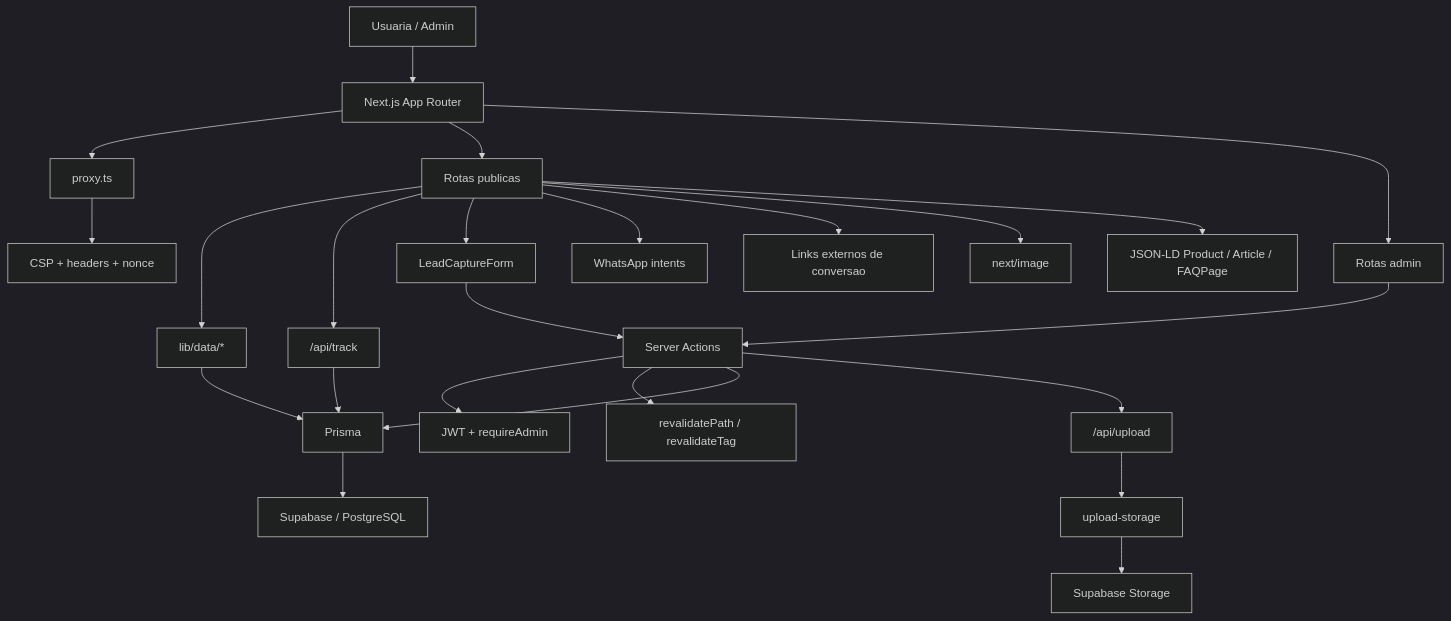
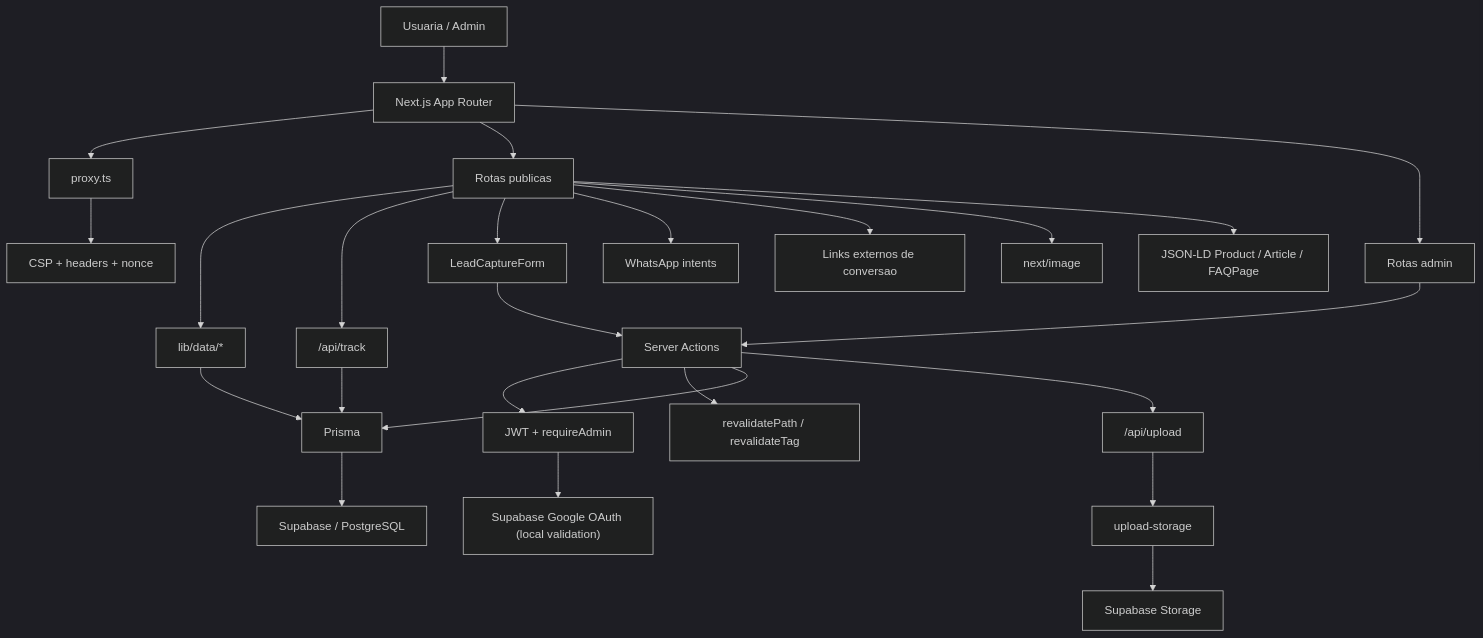
The diagram in docs/DOCUMENTACAO_TECNICA_ELIANE_MARQUES.md (Jampras/Eliane-Marques), drawn with Mermaid (dark theme) before and after one commit. The commit also changed other lines of this file and 44 other files, not shown here.

Commit message:
refactor: centralize env and institutional auth flows

````diff
--- a/docs/DOCUMENTACAO_TECNICA_ELIANE_MARQUES.md
+++ b/docs/DOCUMENTACAO_TECNICA_ELIANE_MARQUES.md
@@ -56,26 +56,27 @@
 ```mermaid
 flowchart TD
     U["Usuaria / Admin"] --> FE["Next.js App Router"]
     FE --> PROXY["proxy.ts"]
     PROXY --> SEC["CSP + headers + nonce"]
     FE --> PUB["Rotas publicas"]
     FE --> ADM["Rotas admin"]
     ADM --> ACT["Server Actions"]
     ACT --> AUTH["JWT + requireAdmin"]
+    AUTH --> OAUTH["Supabase Google OAuth (local validation)"]
     ACT --> CACHE["revalidatePath / revalidateTag"]
     PUB --> DATA["lib/data/*"]
     DATA --> PRISMA["Prisma"]
     ACT --> PRISMA
     PRISMA --> DB["Supabase / PostgreSQL"]
     PUB --> TRACK["/api/track"]
     TRACK --> PRISMA
     ACT --> UP["/api/upload"]
     UP --> ST["upload-storage"]
     ST --> SUPA["Supabase Storage"]
     PUB --> LEAD["LeadCaptureForm"]
     LEAD --> ACT
     PUB --> WA["WhatsApp intents"]
     PUB --> EXT["Links externos de conversao"]
     PUB --> IMG["next/image"]
     PUB --> SEO["JSON-LD Product / Article / FAQPage"]
 ```
````
